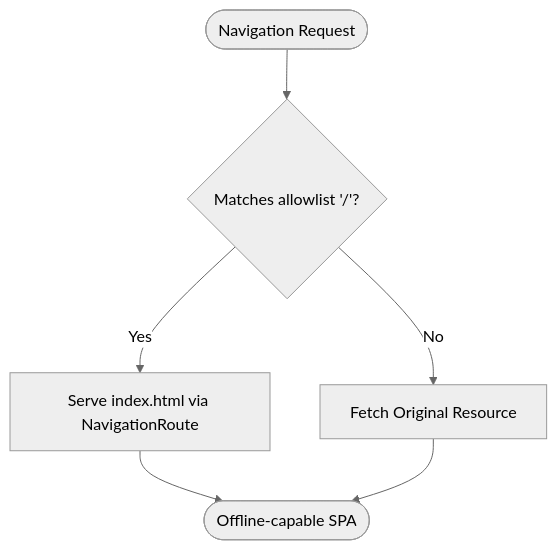
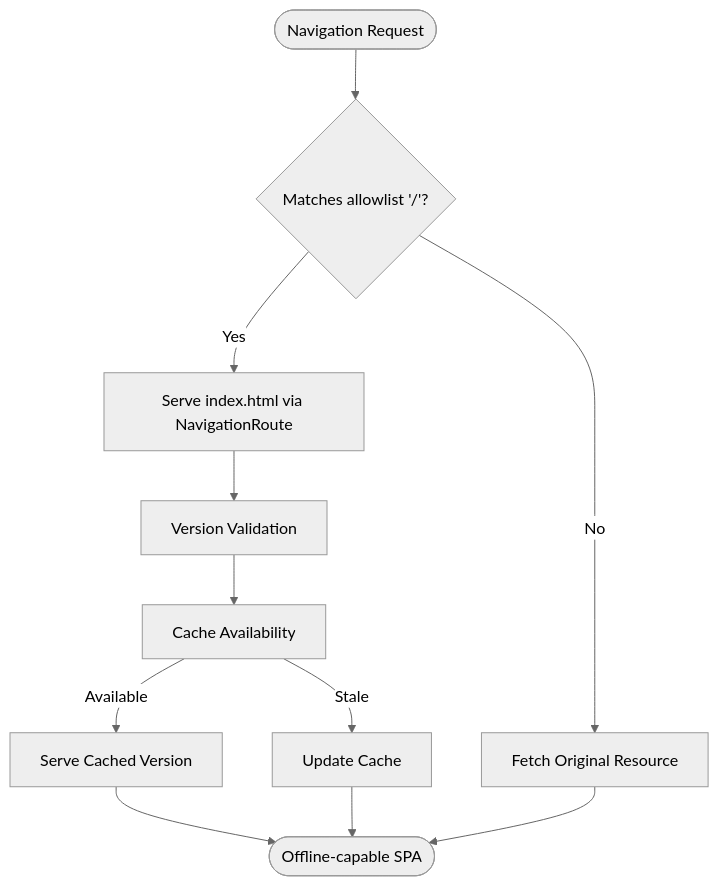
The sixth of 9 diagrams in .qoder/repowiki/en/content/Frontend Application Architecture/PWA and Offline Capabilities.md (Glimora-X/work-helper), drawn with Mermaid (neutral theme) before and after one commit. The commit also changed other lines of this file and 5 other files, not shown here.

First line of the commit message:
docs(skill): enhance skill system architecture and documentation

````diff
--- a/.qoder/repowiki/en/content/Frontend Application Architecture/PWA and Offline Capabilities.md
+++ b/.qoder/repowiki/en/content/Frontend Application Architecture/PWA and Offline Capabilities.md
@@ -191,8 +232,13 @@
 ```mermaid
 flowchart TD
 NavReq(["Navigation Request"]) --> Allowlist{"Matches allowlist '/'?"}
 Allowlist --> |Yes| Shell["Serve index.html via NavigationRoute"]
 Allowlist --> |No| Fetch["Fetch Original Resource"]
-Shell --> End(["Offline-capable SPA"])
+Shell --> RevCheck["Version Validation"]
+RevCheck --> CacheCheck["Cache Availability"]
+CacheCheck --> |Available| Serve["Serve Cached Version"]
+CacheCheck --> |Stale| Update["Update Cache"]
+Serve --> End(["Offline-capable SPA"])
+Update --> End
 Fetch --> End
 ```
````
